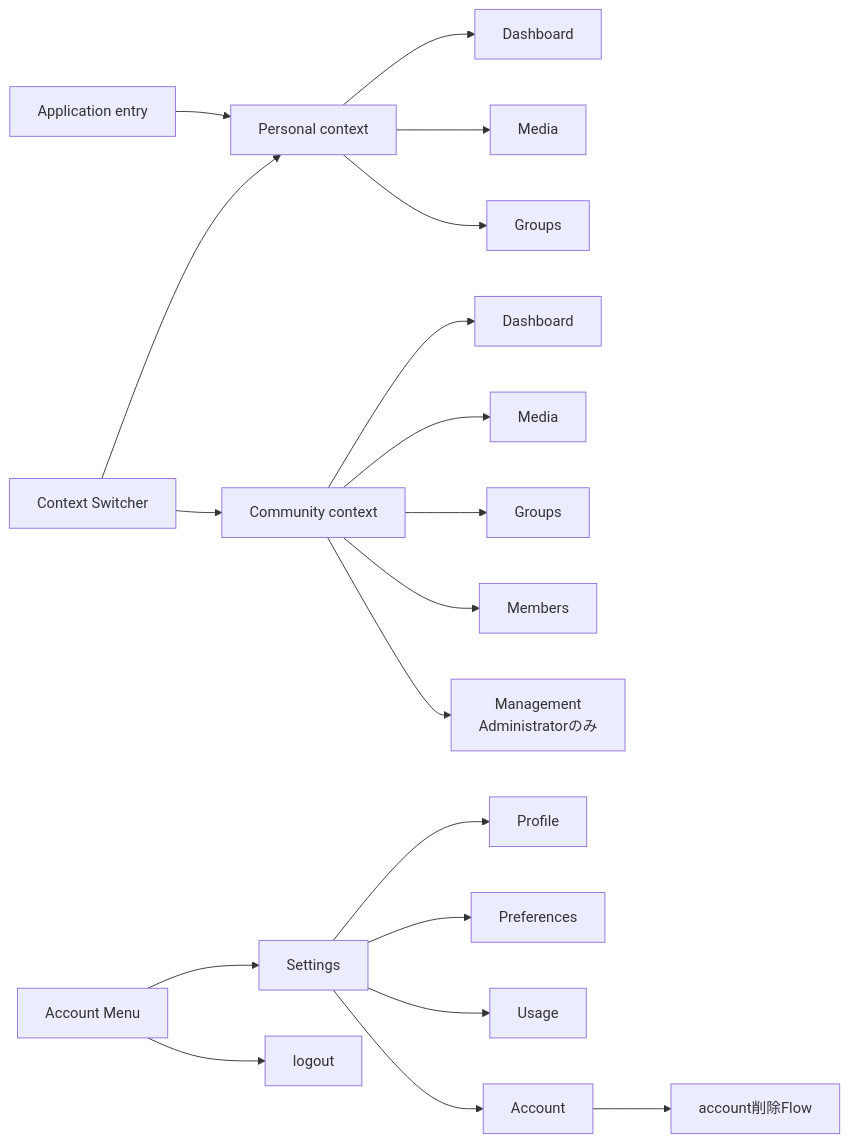
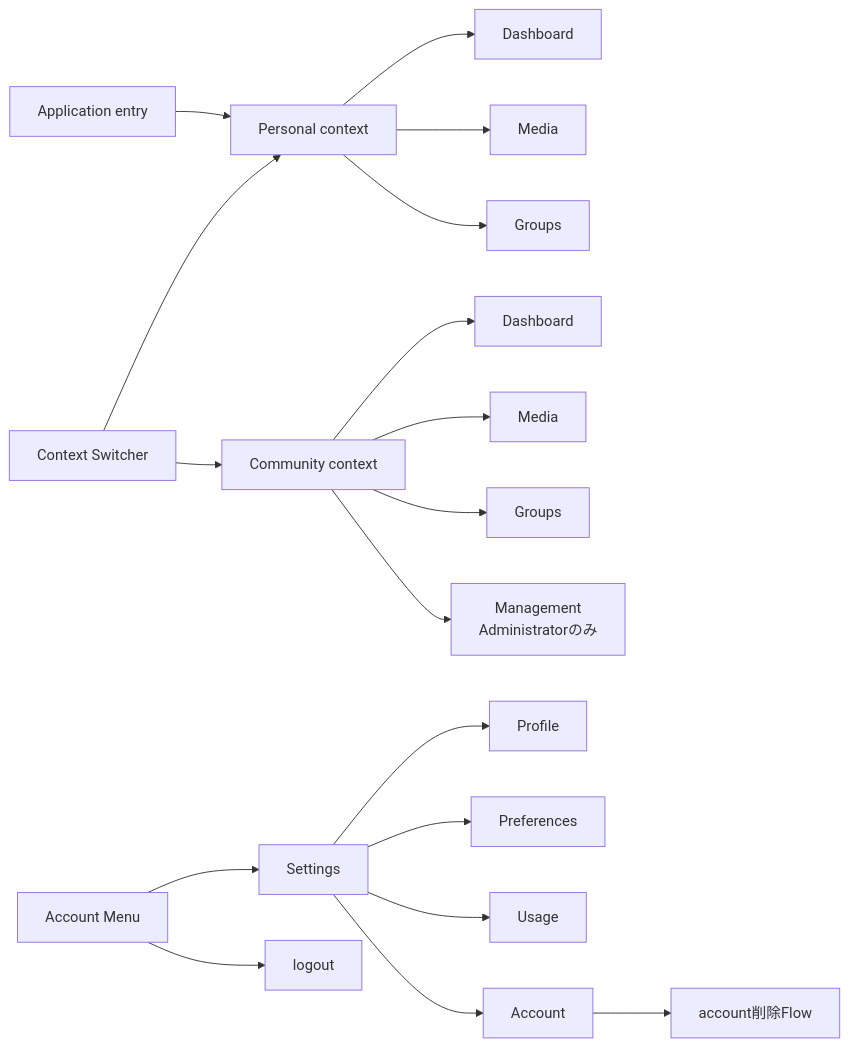
One commit to hazuki3417/memoria-design changed the diagram in content/system/application-information-architecture.mdx. Above: the diagram before and after it, drawn with Mermaid. The commit also changed other lines of this file, not shown here.

Commit message:
docs: Community Membersを今回のルーティング対象から除外

````diff
--- a/content/system/application-information-architecture.mdx
+++ b/content/system/application-information-architecture.mdx
@@ -19,21 +19,20 @@
 ```mermaid
 flowchart LR
     Entry["Application entry"] --> Personal["Personal context"]
     Personal --> PDashboard["Dashboard"]
     Personal --> PMedia["Media"]
     Personal --> PGroups["Groups"]
     Switcher["Context Switcher"] --> Personal
     Switcher --> Community["Community context"]
     Community --> CDashboard["Dashboard"]
     Community --> CMedia["Media"]
     Community --> CGroups["Groups"]
-    Community --> Members["Members"]
     Community --> Management["Management<br/>Administratorのみ"]
     Account["Account Menu"] --> Settings["Settings"]
     Settings --> Profile["Profile"]
     Settings --> Preferences["Preferences"]
     Settings --> Usage["Usage"]
     Settings --> AccountSettings["Account"]
     AccountSettings --> Deletion["account削除Flow"]
     Account --> Logout["logout"]
 ```
````
